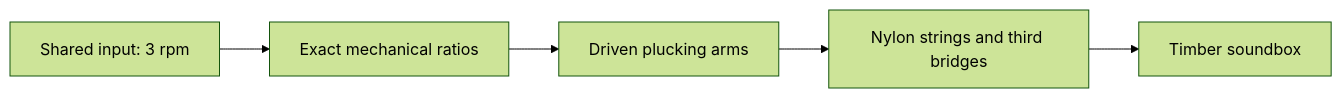
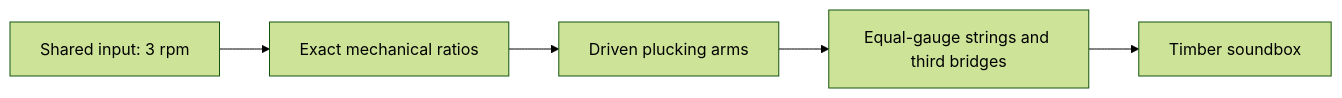
The diagram in README.md (pl-coder/LeLovophon), drawn with Mermaid (forest theme) before and after one commit. The commit also changed other lines of this file and 171 other files, not shown here.

````diff
--- a/README.md
+++ b/README.md
@@ -37,7 +37,7 @@
 ```mermaid
 flowchart LR
     A[Shared input: 3 rpm] --> B[Exact mechanical ratios]
     B --> C[Driven plucking arms]
-    C --> D[Nylon strings and third bridges]
+    C --> D[Equal-gauge strings and third bridges]
     D --> E[Timber soundbox]
 ```
````
